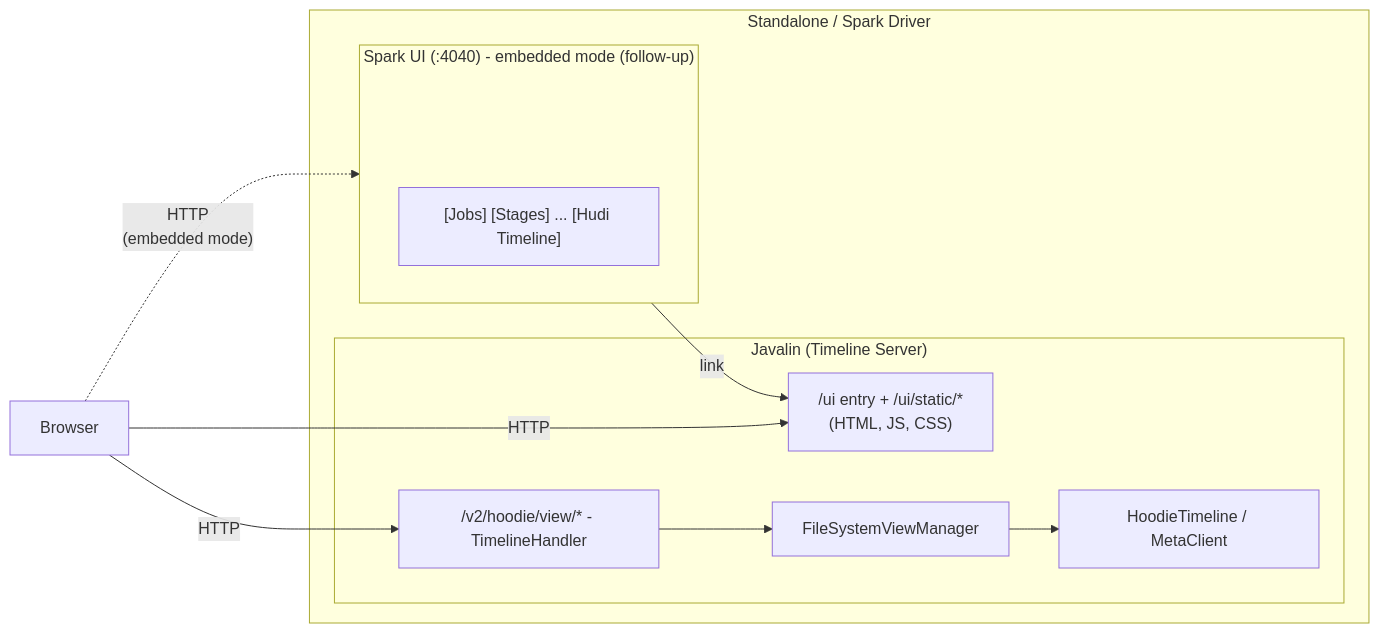
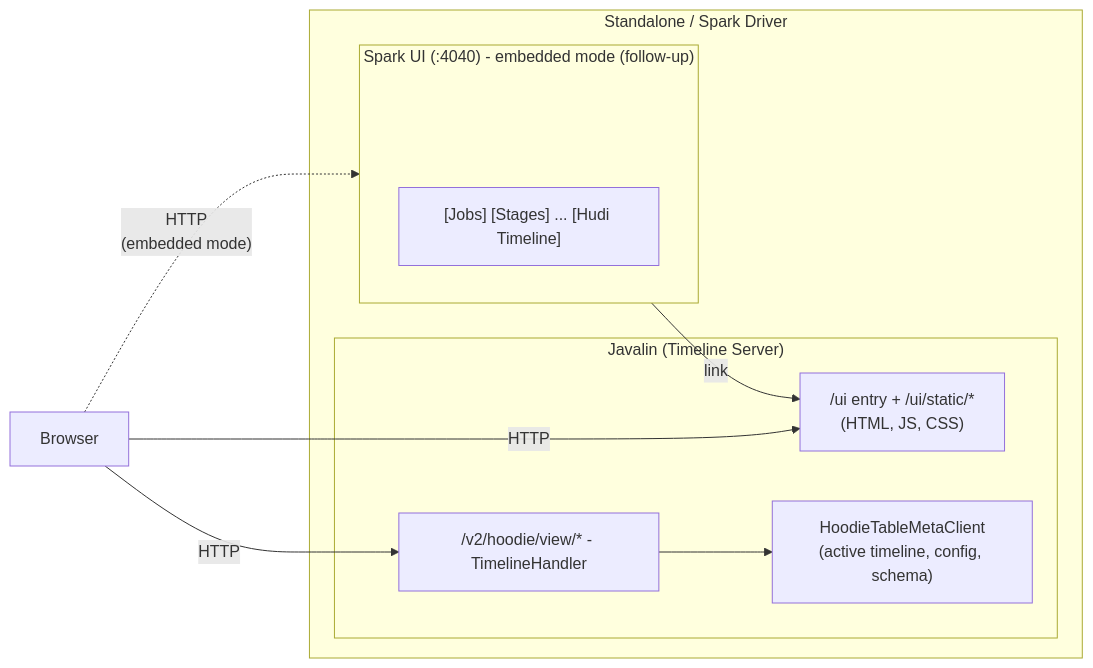
Before and after one commit to apache/hudi: the diagram in rfc/rfc-94/rfc-94.md, drawn with Mermaid. The commit also changed other lines of this file, not shown here.

First line of the commit message:
docs(rfc): read the active timeline via metaClient in RFC-94 handler

````diff
--- a/rfc/rfc-94/rfc-94.md
+++ b/rfc/rfc-94/rfc-94.md
@@ -143,28 +143,27 @@
 ```mermaid
 graph LR
     Browser["Browser"]
 
     subgraph Driver["Standalone / Spark Driver"]
         subgraph TimelineServer["Javalin (Timeline Server)"]
             Static["/ui entry + /ui/static/*\n(HTML, JS, CSS)"]
             API["/v2/hoodie/view/* - TimelineHandler"]
-            FSVM["FileSystemViewManager"]
-            Meta["HoodieTimeline / MetaClient"]
+            Meta["HoodieTableMetaClient\n(active timeline, config, schema)"]
 
-            API --> FSVM --> Meta
+            API --> Meta
         end
 
         subgraph SparkUI["Spark UI (:4040) - embedded mode (follow-up)"]
             direction TB
             SparkUIPad[ ] ~~~ Tabs["[Jobs] [Stages] ... [Hudi Timeline]"]
         end
 
         style SparkUIPad fill:none,stroke:none,color:none
 
         Tabs -- "link" --> Static
     end
 
     Browser -- "HTTP" --> Static
     Browser -- "HTTP" --> API
     Browser -. "HTTP\n(embedded mode)" .-> SparkUI
 ```
````
